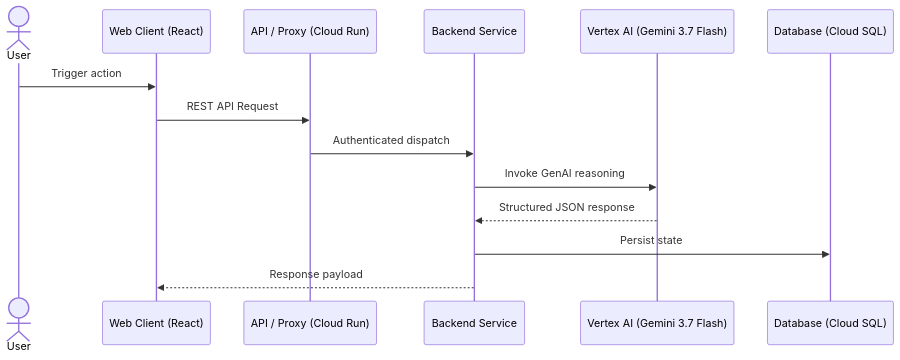
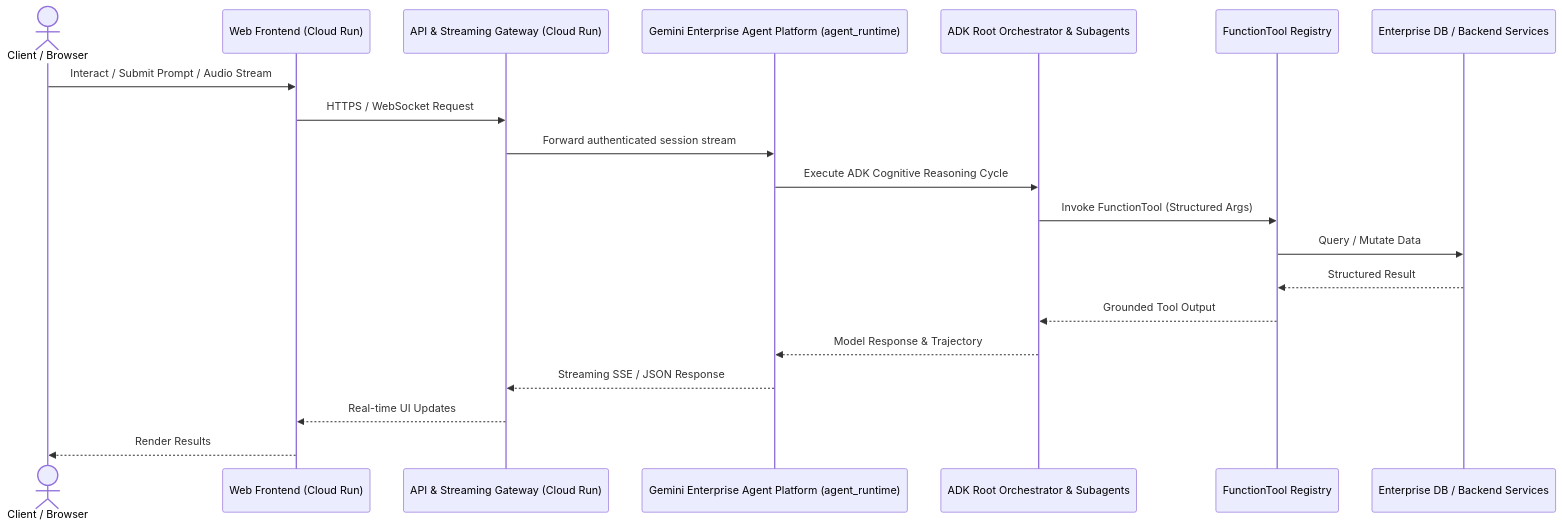
The diagram in specs/templates/sdd-template.md (pantana-na/sdd-devsecops-staging), drawn with Mermaid before and after one commit. The commit also changed other lines of this file and 10 other files, not shown here.

````diff
--- a/specs/templates/sdd-template.md
+++ b/specs/templates/sdd-template.md
@@ -13,17 +24,23 @@
-  ```mermaid
-  sequenceDiagram
-      actor User
-      participant Frontend as Web Client (React)
-      participant Gateway as API / Proxy (Cloud Run)
-      participant Service as Backend Service
-      participant Model as Vertex AI (Gemini 3.7 Flash)
-      participant DB as Database (Cloud SQL)
+```mermaid
+sequenceDiagram
+    actor User as Client / Browser
+    participant UI as Web Frontend (Cloud Run)
+    participant Proxy as API & Streaming Gateway (Cloud Run)
+    participant Platform as Gemini Enterprise Agent Platform (agent_runtime)
+    participant Agent as ADK Root Orchestrator & Subagents
+    participant Tools as FunctionTool Registry
+    participant DB as Enterprise DB / Backend Services
 
-      User->>Frontend: Trigger action
-      Frontend->>Gateway: REST API Request
-      Gateway->>Service: Authenticated dispatch
-      Service->>Model: Invoke GenAI reasoning
-      Model-->>Service: Structured JSON response
-      Service->>DB: Persist state
-      Service-->>Frontend: Response payload
-  ```
+    User->>UI: Interact / Submit Prompt / Audio Stream
+    UI->>Proxy: HTTPS / WebSocket Request
+    Proxy->>Platform: Forward authenticated session stream
+    Platform->>Agent: Execute ADK Cognitive Reasoning Cycle
+    Agent->>Tools: Invoke FunctionTool (Structured Args)
+    Tools->>DB: Query / Mutate Data
+    DB-->>Tools: Structured Result
+    Tools-->>Agent: Grounded Tool Output
+    Agent-->>Platform: Model Response & Trajectory
+    Platform-->>Proxy: Streaming SSE / JSON Response
+    Proxy-->>UI: Real-time UI Updates
+    UI-->>User: Render Results
+```
````
